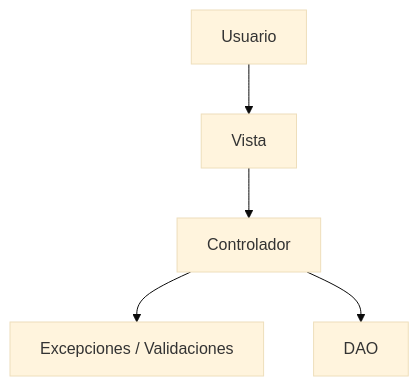
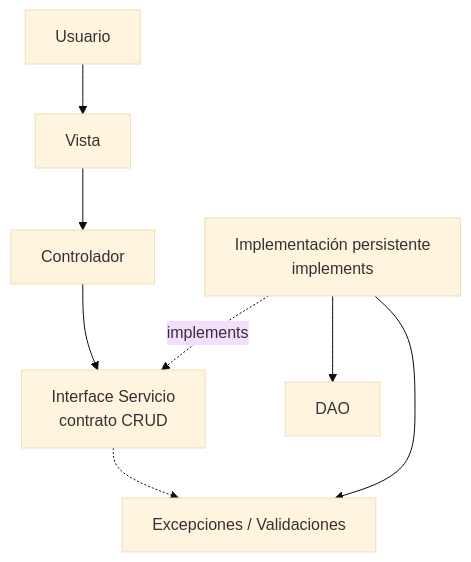
One commit to 262poo/comarket changed the diagram in docs/S11_Validacion_Integracion_Pruebas.md. Above: the diagram before and after it, drawn with Mermaid (base theme). The commit also changed other lines of this file and 6 other files, not shown here.

````diff
--- a/docs/S11_Validacion_Integracion_Pruebas.md
+++ b/docs/S11_Validacion_Integracion_Pruebas.md
@@ -49,13 +50,18 @@
 ```mermaid
 flowchart TB
     Usuario["Usuario"]
     Vista["Vista"]
     Controlador["Controlador"]
+    Contrato["Interface Servicio<br/>contrato CRUD"]
+    Servicio["Implementación persistente<br/>implements"]
     Validaciones["Excepciones / Validaciones"]
     DAO["DAO"]
 
     Usuario --> Vista
     Vista --> Controlador
-    Controlador --> Validaciones
-    Controlador --> DAO
+    Controlador --> Contrato
+    Servicio -. implements .-> Contrato
+    Contrato -.-> Validaciones
+    Servicio --> Validaciones
+    Servicio --> DAO
 ```
````
